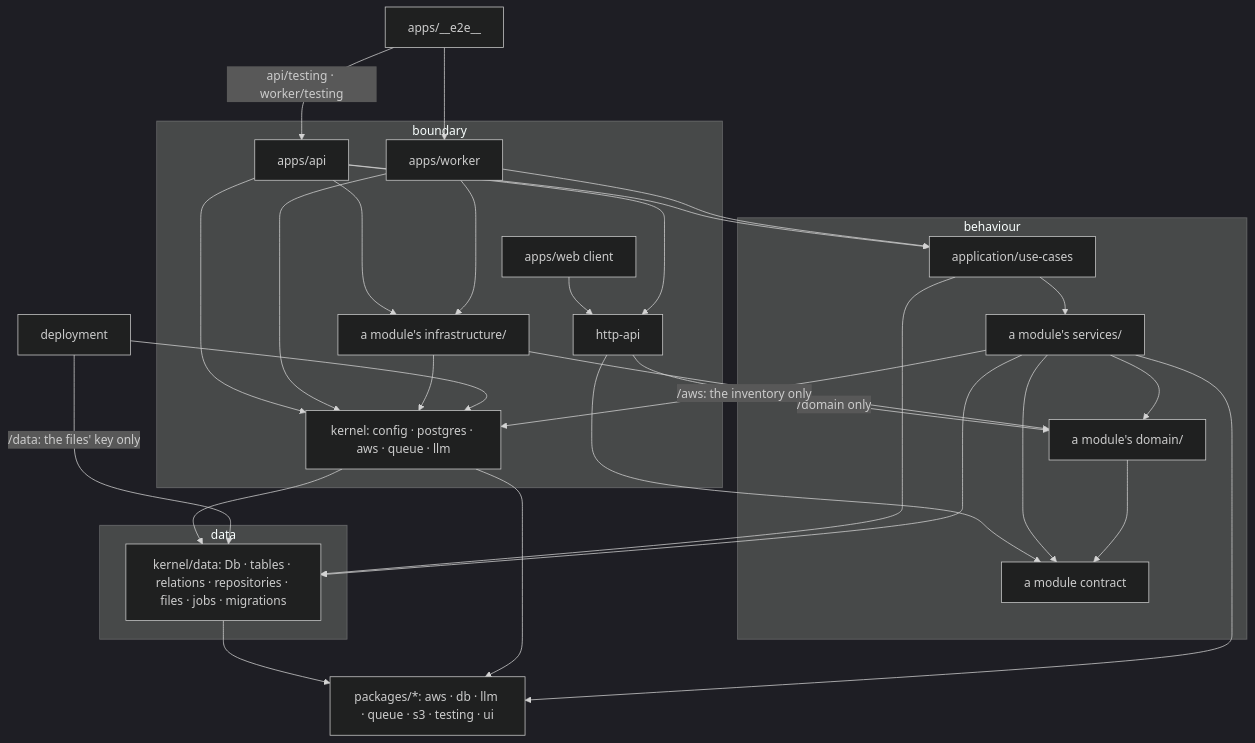
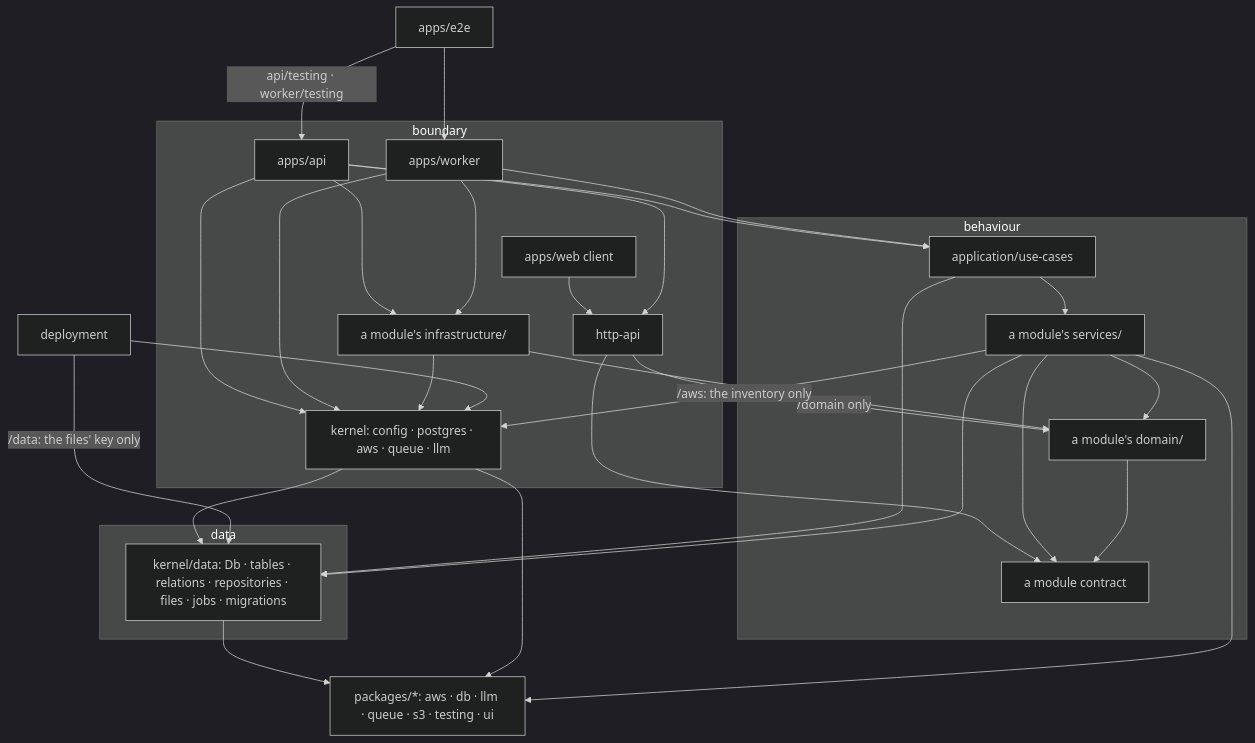
One commit to khotei/app-template changed the diagram in docs/knowledge/architecture.md. Above: the diagram before and after it, drawn with Mermaid (dark theme). The commit also changed other lines of this file and 17 other files, not shown here.

````diff
--- a/docs/knowledge/architecture.md
+++ b/docs/knowledge/architecture.md
@@ -36,47 +36,47 @@
 ```mermaid
 graph TD
   subgraph boundary["boundary"]
     web["apps/web client"]
     api["apps/api"]
     worker["apps/worker"]
     httpApi["http-api"]
     kernelOut["kernel: config · postgres · aws · queue · llm"]
     infra["a module's infrastructure/"]
   end
   subgraph behaviour["behaviour"]
     useCases["application/use-cases"]
     services["a module's services/"]
     domain["a module's domain/"]
     contract["a module contract"]
   end
   subgraph data["data"]
     db["kernel/data: Db · tables · relations · repositories · files · jobs · migrations"]
   end
   web --> httpApi
   api --> httpApi
   api --> useCases
   api --> infra
   api --> kernelOut
   worker --> useCases
   worker --> infra
   worker --> kernelOut
   httpApi -->|"/domain only"| domain
   httpApi --> contract
   useCases --> services
   useCases --> db
   infra --> domain
   infra --> kernelOut
   services --> domain
   services --> db
   services --> contract
   services -->|"/aws: the inventory only"| kernelOut
   domain --> contract
   kernelOut --> db
   db --> packages["packages/*: aws · db · llm · queue · s3 · testing · ui"]
   kernelOut --> packages
   services --> packages
   deployment --> kernelOut
   deployment -->|"/data: the files' key only"| db
-  e2e["apps/__e2e__"] -->|"api/testing · worker/testing"| api
+  e2e["apps/e2e"] -->|"api/testing · worker/testing"| api
   e2e --> worker
 ```
````
